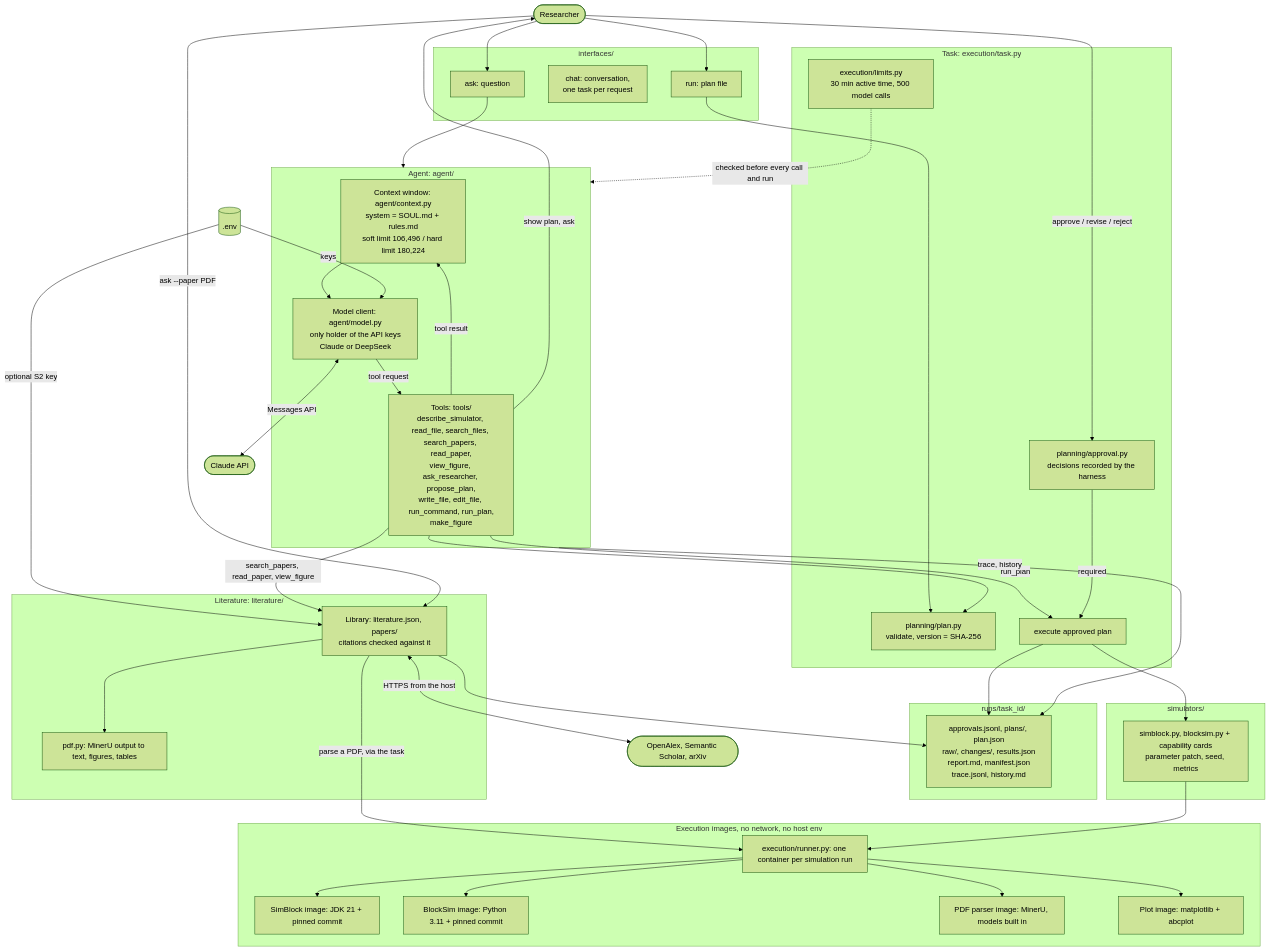
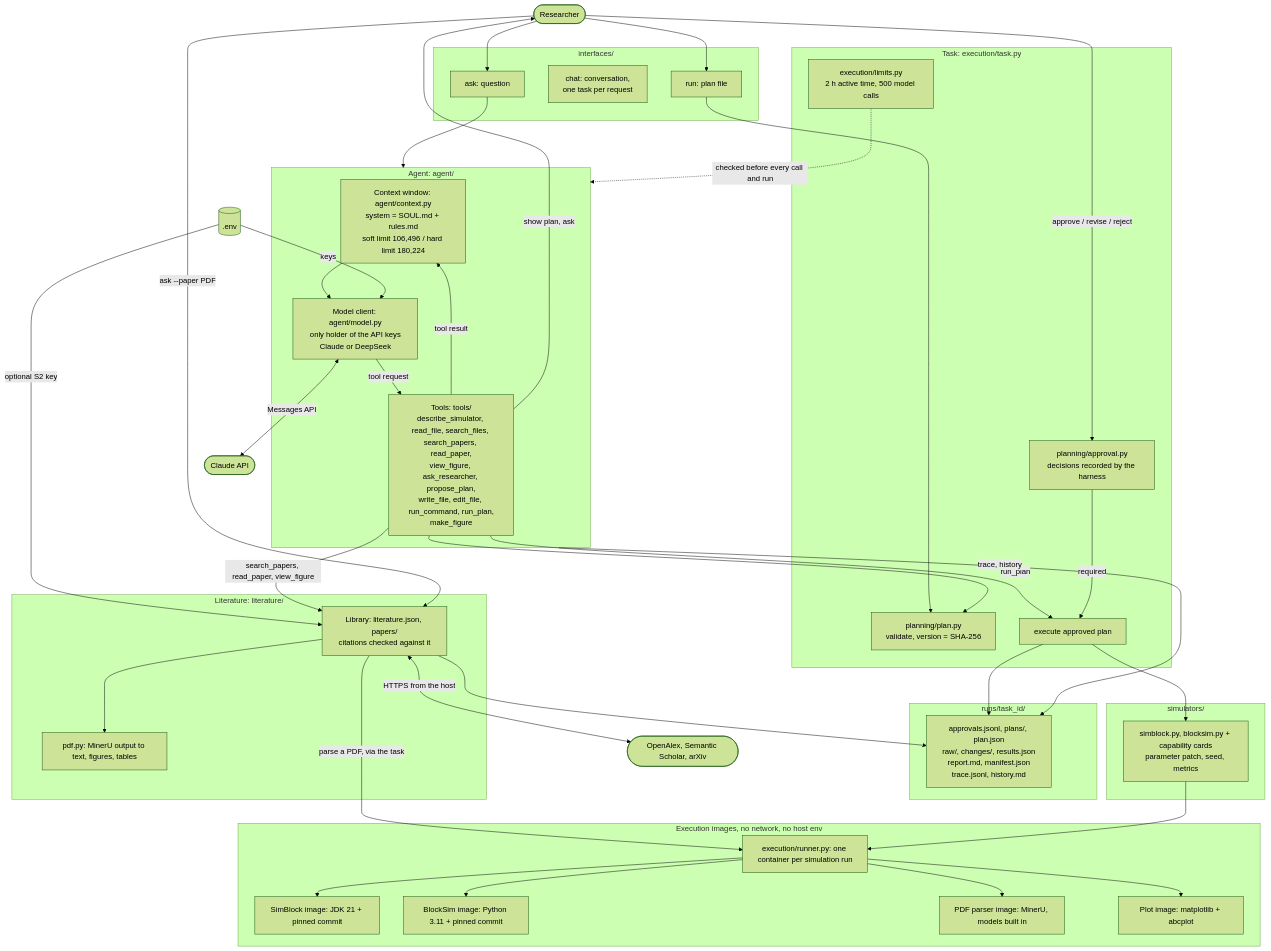
The diagram in docs/architecture.md (teiyou416/abc-harness), drawn with Mermaid (forest theme) before and after one commit. The commit also changed other lines of this file and 12 other files, not shown here.

````diff
--- a/docs/architecture.md
+++ b/docs/architecture.md
@@ -8,70 +8,70 @@
 ```mermaid
 flowchart TB
     R(["Researcher"])
 
     subgraph CLI["interfaces/"]
         ASK["ask: question"]
         CHAT["chat: conversation,<br/>one task per request"]
         RUN["run: plan file"]
     end
 
     subgraph LOOP["Agent: agent/"]
         CTX["Context window: agent/context.py<br/>system = SOUL.md + rules.md<br/>soft limit 106,496 / hard limit 180,224"]
         LLM["Model client: agent/model.py<br/>only holder of the API keys<br/>Claude or DeepSeek"]
         TOOLS["Tools: tools/<br/>describe_simulator, read_file, search_files, search_papers, read_paper,<br/>view_figure, ask_researcher, propose_plan,<br/>write_file, edit_file, run_command, run_plan,<br/>make_figure"]
         CTX --> LLM -->|tool request| TOOLS -->|tool result| CTX
     end
 
     subgraph TASK["Task: execution/task.py"]
         PLAN["planning/plan.py<br/>validate, version = SHA-256"]
         APPROVAL["planning/approval.py<br/>decisions recorded by the harness"]
-        LIMITS["execution/limits.py<br/>30 min active time, 500 model calls"]
+        LIMITS["execution/limits.py<br/>2 h active time, 500 model calls"]
         EXEC["execute approved plan"]
     end
 
     subgraph SIM["simulators/"]
         ADAPTER["simblock.py, blocksim.py + capability cards<br/>parameter patch, seed, metrics"]
     end
 
     subgraph DOCKER["Execution images, no network, no host env"]
         RUNNER["execution/runner.py: one container per simulation run"]
         SIMBLOCK["SimBlock image: JDK 21 + pinned commit"]
         BLOCKSIM["BlockSim image: Python 3.11 + pinned commit"]
         PDFIMG["PDF parser image: MinerU, models built in"]
         PLOTIMG["Plot image: matplotlib + abcplot"]
         RUNNER --> SIMBLOCK
         RUNNER --> BLOCKSIM
         RUNNER --> PDFIMG
         RUNNER --> PLOTIMG
     end
 
     subgraph ART["runs/task_id/"]
         FILES["approvals.jsonl, plans/, plan.json<br/>raw/, changes/, results.json<br/>report.md, manifest.json<br/>trace.jsonl, history.md"]
     end
 
     subgraph LIT["Literature: literature/"]
         LIB["Library: literature.json, papers/<br/>citations checked against it"]
         PDF["pdf.py: MinerU output to text, figures, tables"]
         LIB --> PDF
     end
 
     ENV[(".env")] -->|keys| LLM
     ENV -->|optional S2 key| LIB
     TOOLS -->|search_papers, read_paper, view_figure| LIB
     LIB <-->|HTTPS from the host| ACADEMIC(["OpenAlex, Semantic Scholar, arXiv"])
     R -->|ask --paper PDF| LIB
     LIB -->|parse a PDF, via the task| RUNNER
     LIB --> FILES
     LLM <-->|Messages API| CLAUDE(["Claude API"])
     R --> ASK --> LOOP
     R --> RUN --> PLAN
     TOOLS --> PLAN
     TOOLS -->|show plan, ask| R
     R -->|approve / revise / reject| APPROVAL
     TOOLS -->|run_plan| EXEC
     APPROVAL -->|required| EXEC
     LIMITS -.->|checked before every call and run| LOOP
     EXEC --> ADAPTER --> RUNNER
     EXEC --> FILES
     LOOP -->|trace, history| FILES
 ```
````
